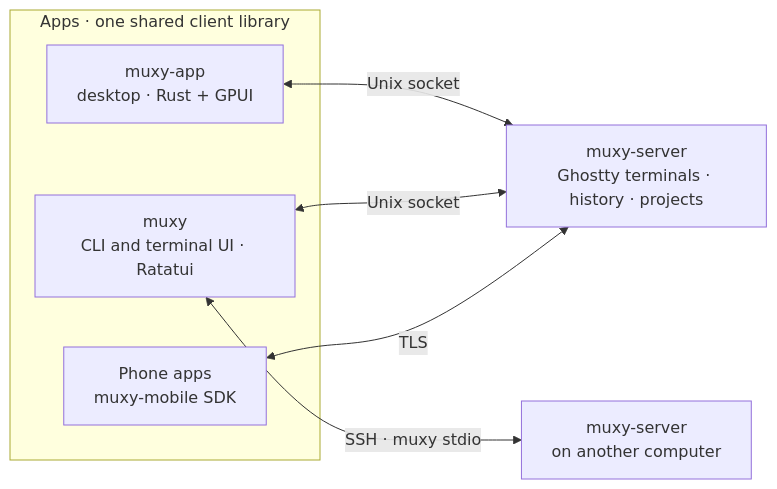
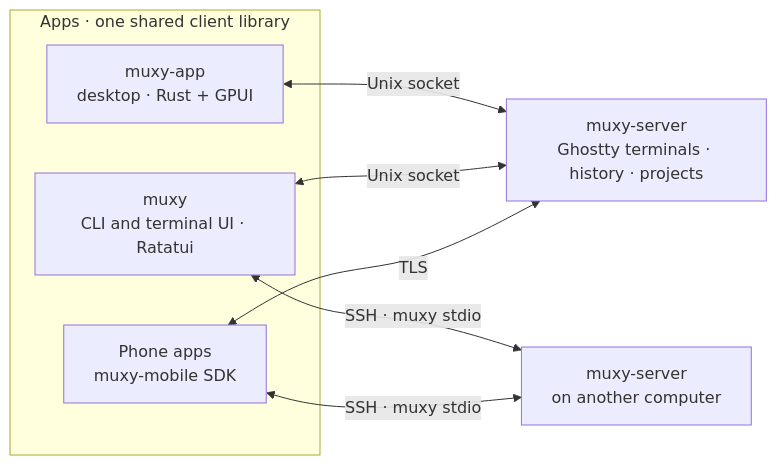
One commit to muxy-app/muxy changed the diagram in docs/tech/README.md. Above: the diagram before and after it, drawn with Mermaid. The commit also changed 34 other files, not shown here.

````diff
--- a/docs/tech/README.md
+++ b/docs/tech/README.md
@@ -5,14 +5,15 @@
 ```mermaid
 flowchart LR
     subgraph APPS["Apps · one shared client library"]
         DESKTOP["muxy-app<br/>desktop · Rust + GPUI"]
         TUI["muxy<br/>CLI and terminal UI · Ratatui"]
         PHONE["Phone apps<br/>muxy-mobile SDK"]
     end
     SERVER["muxy-server<br/>Ghostty terminals · history · projects"]
     REMOTE["muxy-server<br/>on another computer"]
     DESKTOP <-->|"Unix socket"| SERVER
     TUI <-->|"Unix socket"| SERVER
     TUI <-->|"SSH · muxy stdio"| REMOTE
     PHONE <-->|"TLS"| SERVER
+    PHONE <-->|"SSH · muxy stdio"| REMOTE
 ```
````
